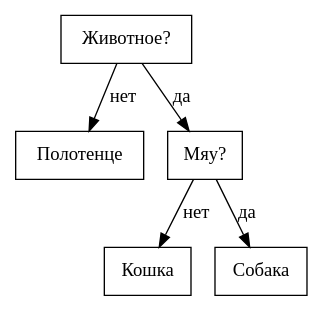
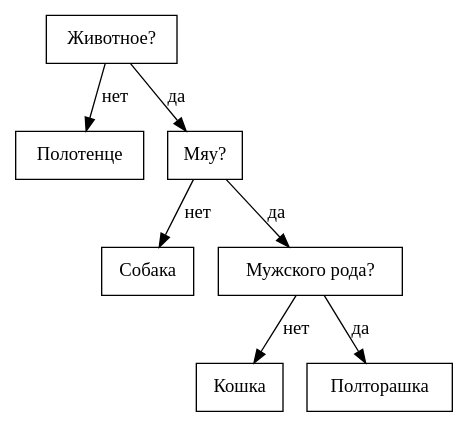
Before and after one commit to asbolt/tree: the diagram in dot.dot, drawn with Graphviz. The commit also changed 5 other files, not shown here.

```diff
--- a/dot.dot
+++ b/dot.dot
@@ -1,12 +1,16 @@
 digraph G{
 rankdir=HR;
-node0x556fe23a12a0 [shape="rectangle", label = "Животное?", rang = 0]
-node0x556fe23a1360 [shape="rectangle", label = "Полотенце", rang = 1]
-node0x556fe23a1420 [shape="rectangle", label = "Мяу?", rang = 1]
-node0x556fe23a1f20 [shape="rectangle", label = "Кошка", rang = 2]
-node0x556fe23a1fe0 [shape="rectangle", label = "Собака", rang = 2]
-node0x556fe23a12a0 -> node0x556fe23a1360 [label = "нет"]
-node0x556fe23a12a0 -> node0x556fe23a1420 [label = "да"]
-node0x556fe23a1420 -> node0x556fe23a1f20 [label = "нет"]
-node0x556fe23a1420 -> node0x556fe23a1fe0 [label = "да"]
+node0x557c7174c2a0 [shape="rectangle", label = "Животное?", rang = 0]
+node0x557c7174d690 [shape="rectangle", label = "Полотенце", rang = 1]
+node0x557c7174d750 [shape="rectangle", label = "Мяу?", rang = 1]
+node0x557c7174d810 [shape="rectangle", label = "Собака", rang = 2]
+node0x557c7174d8d0 [shape="rectangle", label = "Мужского рода?", rang = 2]
+node0x557c7174d990 [shape="rectangle", label = "Кошка", rang = 3]
+node0x557c7174da50 [shape="rectangle", label = "Полторашка", rang = 3]
+node0x557c7174c2a0 -> node0x557c7174d690 [label = "нет"]
+node0x557c7174c2a0 -> node0x557c7174d750 [label = "да"]
+node0x557c7174d750 -> node0x557c7174d810 [label = "нет"]
+node0x557c7174d750 -> node0x557c7174d8d0 [label = "да"]
+node0x557c7174d8d0 -> node0x557c7174d990 [label = "нет"]
+node0x557c7174d8d0 -> node0x557c7174da50 [label = "да"]
 }
```
